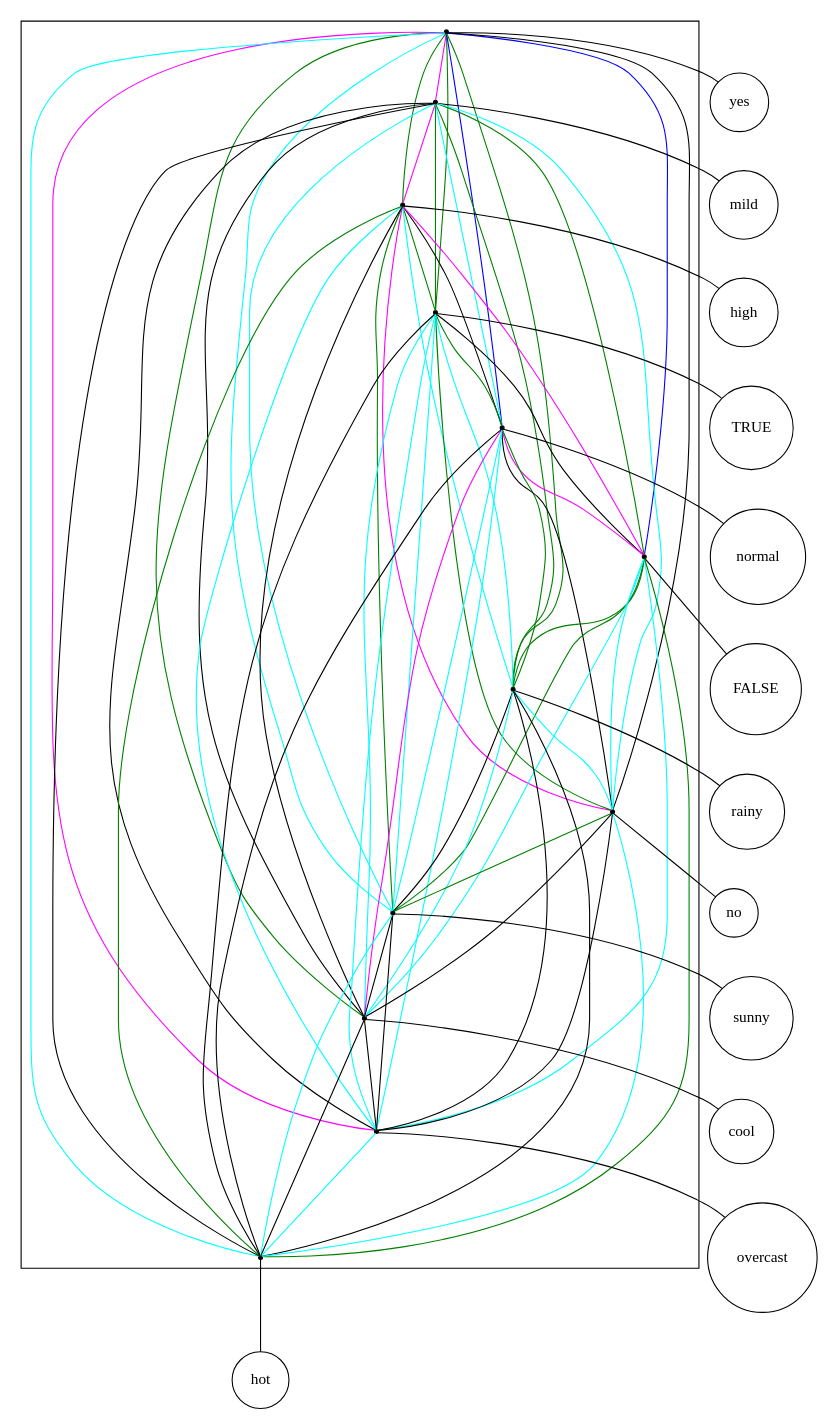
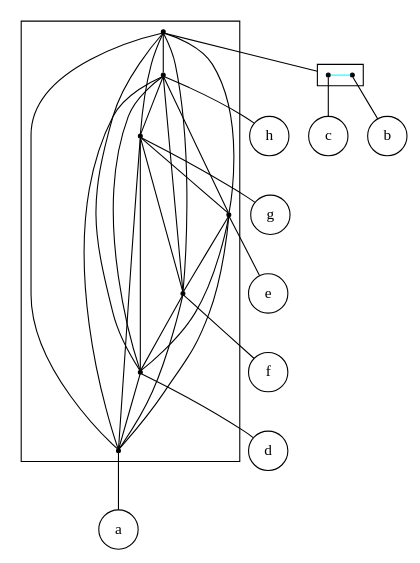
The diagram in src/final/linear_2-structure.dot (lrodrin/TFG), drawn with Graphviz before and after one commit. The commit also changed 1 other file, not shown here.

```diff
--- a/src/final/linear_2-structure.dot
+++ b/src/final/linear_2-structure.dot
@@ -1,101 +1,55 @@
 strict digraph "linear_2-structure" {
 compound=true;
 fontname=Verdana;
 fontsize=12;
 newrank=true;
 node [shape=circle];
-yes;
-mild;
-high;
-TRUE;
-normal;
-FALSE;
-rainy;
-no;
-sunny;
-cool;
-overcast;
-hot;
-subgraph cluster_hotFALSETRUEmildcoolrainynonormalyessunnyhighovercast {
+h;
+g;
+e;
+f;
+d;
+a;
+c;
+b;
+subgraph cluster_cdhebfga {
 node [shape=point];
-s_yes -> s_mild  [color=magenta, arrowhead=none];
-s_yes -> s_high  [color=green, arrowhead=none];
-s_yes -> s_TRUE  [color=green, arrowhead=none];
-s_yes -> s_normal  [color=blue, arrowhead=none];
-s_yes -> s_FALSE  [color=blue, arrowhead=none];
-s_yes -> s_rainy  [color=green, arrowhead=none];
-s_yes -> s_no  [color=black, arrowhead=none];
-s_yes -> s_sunny  [color=cyan, arrowhead=none];
-s_yes -> s_cool  [color=green, arrowhead=none];
-s_yes -> s_overcast  [color=magenta, arrowhead=none];
-s_yes -> s_hot  [color=cyan, arrowhead=none];
-s_mild -> s_high  [color=magenta, arrowhead=none];
-s_mild -> s_TRUE  [color=green, arrowhead=none];
-s_mild -> s_normal  [color=cyan, arrowhead=none];
-s_mild -> s_FALSE  [color=green, arrowhead=none];
-s_mild -> s_rainy  [color=green, arrowhead=none];
-s_mild -> s_no  [color=cyan, arrowhead=none];
-s_mild -> s_sunny  [color=cyan, arrowhead=none];
-s_mild -> s_cool  [color=black, arrowhead=none];
-s_mild -> s_overcast  [color=black, arrowhead=none];
-s_mild -> s_hot  [color=black, arrowhead=none];
-s_high -> s_TRUE  [color=green, arrowhead=none];
-s_high -> s_normal  [color=black, arrowhead=none];
-s_high -> s_FALSE  [color=magenta, arrowhead=none];
-s_high -> s_rainy  [color=cyan, arrowhead=none];
-s_high -> s_no  [color=magenta, arrowhead=none];
-s_high -> s_sunny  [color=green, arrowhead=none];
-s_high -> s_cool  [color=black, arrowhead=none];
-s_high -> s_overcast  [color=cyan, arrowhead=none];
-s_high -> s_hot  [color=green, arrowhead=none];
-s_TRUE -> s_normal  [color=green, arrowhead=none];
-s_TRUE -> s_FALSE  [color=black, arrowhead=none];
-s_TRUE -> s_rainy  [color=cyan, arrowhead=none];
-s_TRUE -> s_no  [color=green, arrowhead=none];
-s_TRUE -> s_sunny  [color=cyan, arrowhead=none];
-s_TRUE -> s_cool  [color=cyan, arrowhead=none];
-s_TRUE -> s_overcast  [color=cyan, arrowhead=none];
-s_TRUE -> s_hot  [color=black, arrowhead=none];
-s_normal -> s_FALSE  [color=magenta, arrowhead=none];
-s_normal -> s_rainy  [color=green, arrowhead=none];
-s_normal -> s_no  [color=black, arrowhead=none];
-s_normal -> s_sunny  [color=cyan, arrowhead=none];
-s_normal -> s_cool  [color=magenta, arrowhead=none];
-s_normal -> s_overcast  [color=cyan, arrowhead=none];
-s_normal -> s_hot  [color=black, arrowhead=none];
-s_FALSE -> s_rainy  [color=green, arrowhead=none];
-s_FALSE -> s_no  [color=cyan, arrowhead=none];
-s_FALSE -> s_sunny  [color=green, arrowhead=none];
-s_FALSE -> s_cool  [color=cyan, arrowhead=none];
-s_FALSE -> s_overcast  [color=cyan, arrowhead=none];
-s_FALSE -> s_hot  [color=green, arrowhead=none];
-s_rainy -> s_no  [color=cyan, arrowhead=none];
-s_rainy -> s_sunny  [color=black, arrowhead=none];
-s_rainy -> s_cool  [color=cyan, arrowhead=none];
-s_rainy -> s_overcast  [color=black, arrowhead=none];
-s_rainy -> s_hot  [color=black, arrowhead=none];
-s_no -> s_sunny  [color=green, arrowhead=none];
-s_no -> s_cool  [color=black, arrowhead=none];
-s_no -> s_overcast  [color=black, arrowhead=none];
-s_no -> s_hot  [color=cyan, arrowhead=none];
-s_sunny -> s_cool  [color=black, arrowhead=none];
-s_sunny -> s_overcast  [color=black, arrowhead=none];
-s_sunny -> s_hot  [color=cyan, arrowhead=none];
-s_cool -> s_overcast  [color=black, arrowhead=none];
-s_cool -> s_hot  [color=black, arrowhead=none];
-s_overcast -> s_hot  [color=cyan, arrowhead=none];
+s_cb -> s_h  [color=black, arrowhead=none];
+s_cb -> s_g  [color=black, arrowhead=none];
+s_cb -> s_e  [color=black, arrowhead=none];
+s_cb -> s_f  [color=black, arrowhead=none];
+s_cb -> s_d  [color=black, arrowhead=none];
+s_cb -> s_a  [color=black, arrowhead=none];
+s_h -> s_g  [color=black, arrowhead=none];
+s_h -> s_e  [color=black, arrowhead=none];
+s_h -> s_f  [color=black, arrowhead=none];
+s_h -> s_d  [color=black, arrowhead=none];
+s_h -> s_a  [color=black, arrowhead=none];
+s_g -> s_e  [color=black, arrowhead=none];
+s_g -> s_f  [color=black, arrowhead=none];
+s_g -> s_d  [color=black, arrowhead=none];
+s_g -> s_a  [color=black, arrowhead=none];
+s_e -> s_f  [color=black, arrowhead=none];
+s_e -> s_d  [color=black, arrowhead=none];
+s_e -> s_a  [color=black, arrowhead=none];
+s_f -> s_d  [color=black, arrowhead=none];
+s_f -> s_a  [color=black, arrowhead=none];
+s_d -> s_a  [color=black, arrowhead=none];
 }
 
-s_yes -> yes  [arrowhead=none];
-s_mild -> mild  [arrowhead=none];
-s_high -> high  [arrowhead=none];
-s_TRUE -> TRUE  [arrowhead=none];
-s_normal -> normal  [arrowhead=none];
-s_FALSE -> FALSE  [arrowhead=none];
-s_rainy -> rainy  [arrowhead=none];
-s_no -> no  [arrowhead=none];
-s_sunny -> sunny  [arrowhead=none];
-s_cool -> cool  [arrowhead=none];
-s_overcast -> overcast  [arrowhead=none];
-s_hot -> hot  [arrowhead=none];
+subgraph cluster_cb {
+rank=same;
+node [shape=point];
+s_c -> s_b  [color=cyan, arrowhead=none];
 }
+
+s_cb -> s_c  [lhead=cluster_cb, arrowhead=none];
+s_h -> h  [arrowhead=none];
+s_g -> g  [arrowhead=none];
+s_e -> e  [arrowhead=none];
+s_f -> f  [arrowhead=none];
+s_d -> d  [arrowhead=none];
+s_a -> a  [arrowhead=none];
+s_c -> c  [arrowhead=none];
+s_b -> b  [arrowhead=none];
+}
```
